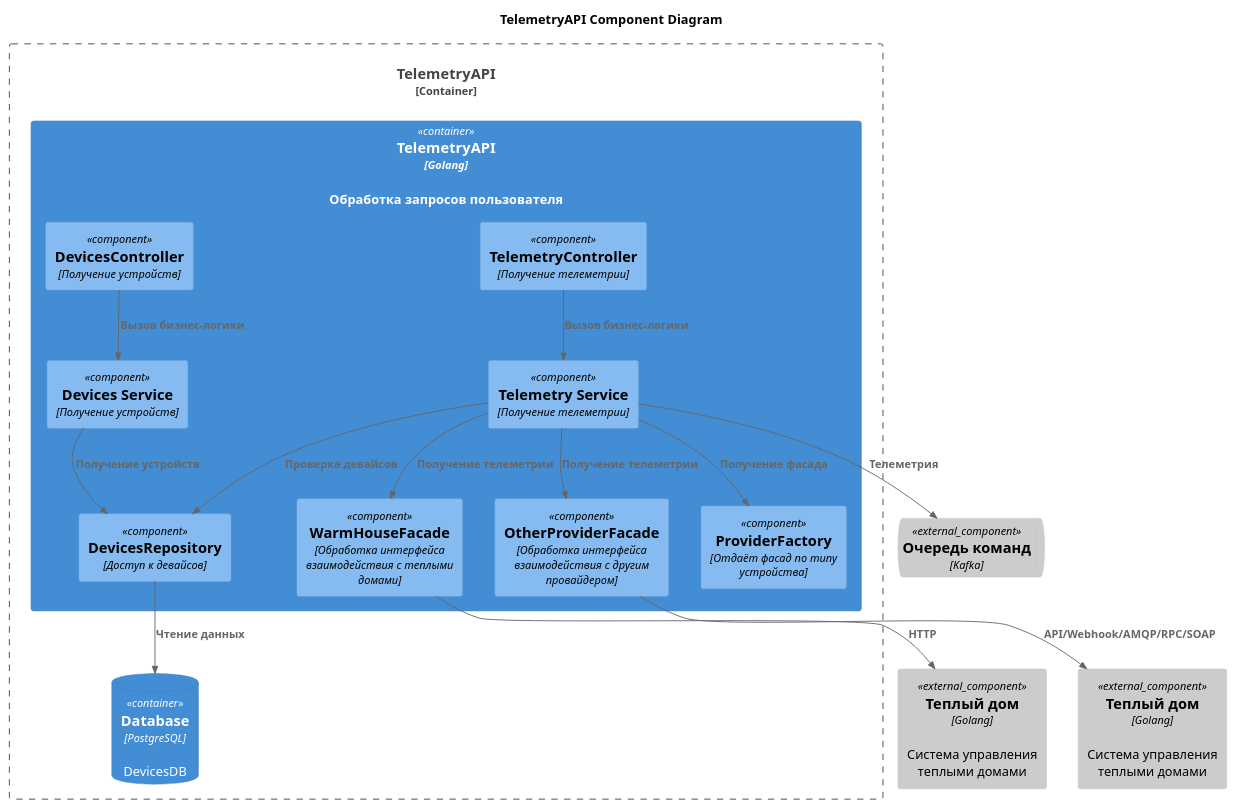
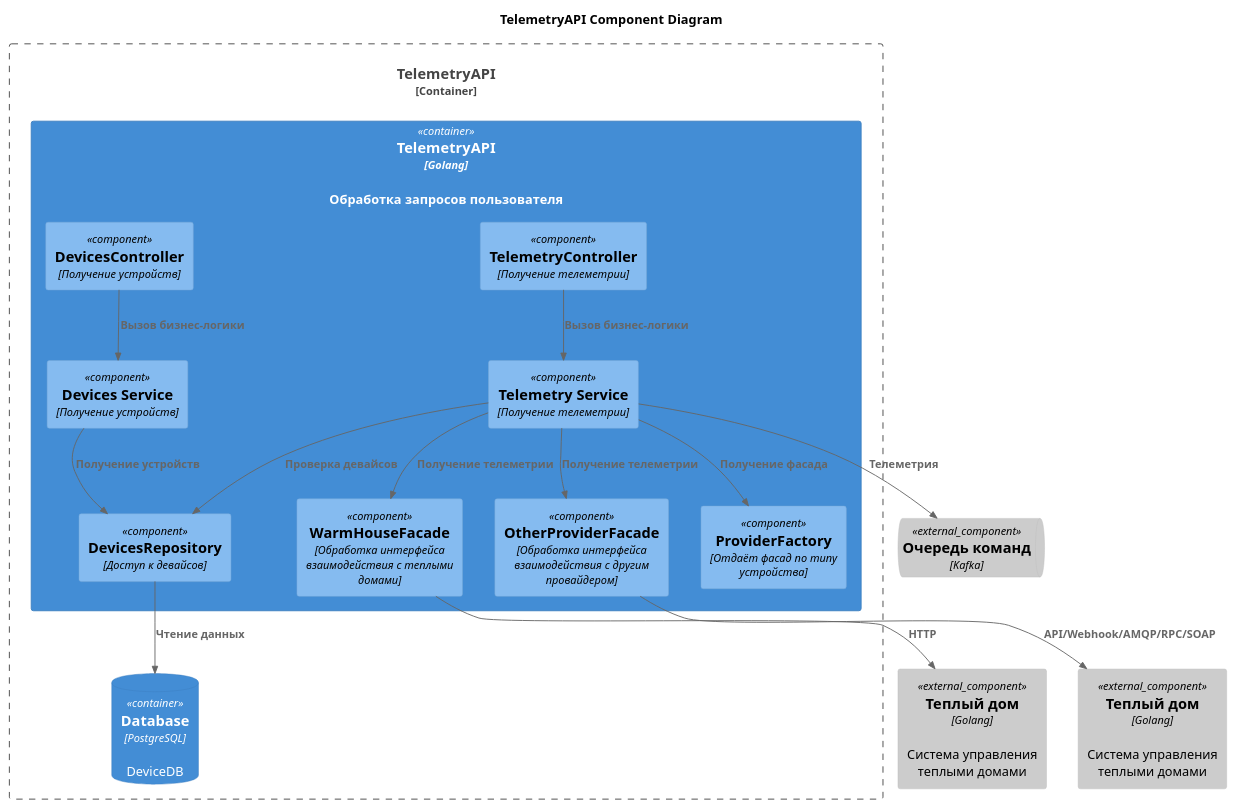
One commit to mrpeunov/architecture-pro-warmhouse changed the diagram in diagrams/components/telemetry_api.puml. Above: the diagram before and after it, drawn with PlantUML. The commit also changed 20 other files, not shown here.

```diff
--- a/diagrams/components/telemetry_api.puml
+++ b/diagrams/components/telemetry_api.puml
@@ -1,45 +1,45 @@
 @startuml
 title TelemetryAPI Component Diagram
 
 top to bottom direction
 
 !include <C4/C4_Component>
 
 Container_Boundary(TelemetryAPI, "TelemetryAPI") {
   Container(TelemetryAPIContainer, "TelemetryAPI", "Golang", "Обработка запросов пользователя")
-  ContainerDb(Database, "Database", "PostgreSQL", "DevicesDB")
+  ContainerDb(Database, "Database", "PostgreSQL", "DeviceDB")
 }
 
 Container(TelemetryAPIContainer, "Web Application", "Golang") {
   Component(TelemetryController, "TelemetryController", "Получение телеметрии")
   Component(DevicesController, "DevicesController", "Получение устройств")
 
   Component(TelemetryService, "Telemetry Service", "Получение телеметрии")
   Component(DevicesService, "Devices Service", "Получение устройств")
 
   Component(ProviderFactory, "ProviderFactory", "Отдаёт фасад по типу устройства")
   Component(WarmHouseFacade, "WarmHouseFacade", Обработка интерфейса взаимодействия с теплыми домами)
   Component(OtherProviderFacade, "OtherProviderFacade", Обработка интерфейса взаимодействия с другим провайдером)
 
   Component(DevicesRepository, "DevicesRepository", "Доступ к девайсов")
  }
 
 Component_Ext(WarmHouseProvider, Теплый дом, Golang, Система управления теплыми домами)
 Component_Ext(OtherProvider, Теплый дом, "Golang", Система управления теплыми домами)
 ComponentQueue_Ext(DeviceCommandQueue, Очередь команд, Kafka)
 
 Rel(TelemetryController, TelemetryService, "Вызов бизнеc-логики")
 Rel(TelemetryService, DevicesRepository, "Проверка девайсов")
 Rel(TelemetryService, DeviceCommandQueue, "Телеметрия")
 Rel(TelemetryService, ProviderFactory, "Получение фасада")
 Rel(TelemetryService, WarmHouseFacade, "Получение телеметрии")
 Rel(TelemetryService, OtherProviderFacade, "Получение телеметрии")
 
 Rel(DevicesController, DevicesService, "Вызов бизнеc-логики")
 Rel(DevicesService, DevicesRepository, "Получение устройств")
 
 Rel(DevicesRepository, Database, "Чтение данных")
 Rel(WarmHouseFacade, WarmHouseProvider, "HTTP")
 Rel(OtherProviderFacade, OtherProvider, "API/Webhook/AMQP/RPC/SOAP")
 
 @enduml
```
